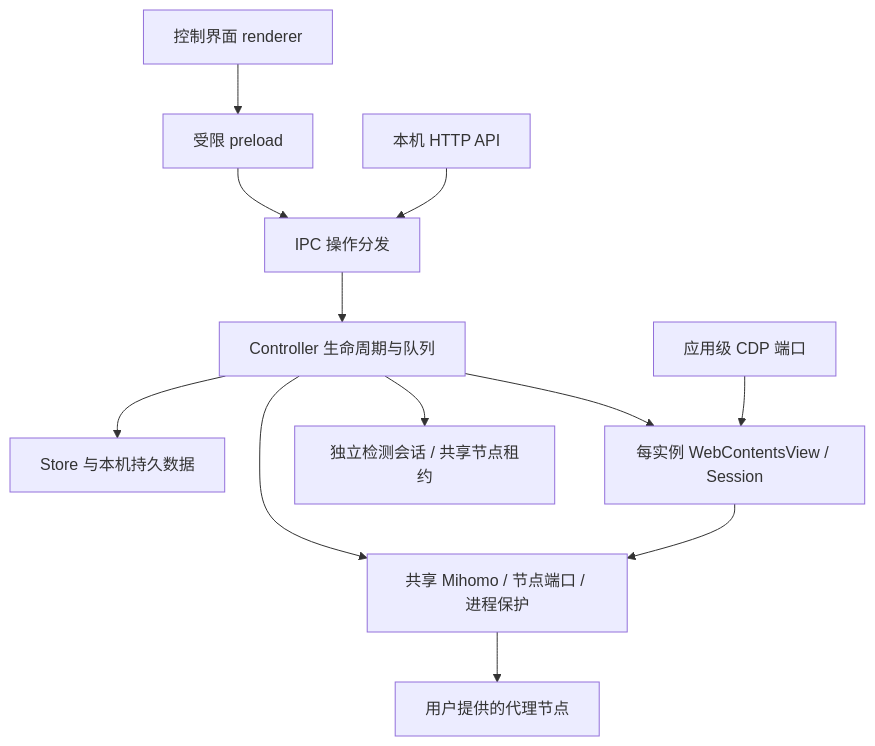
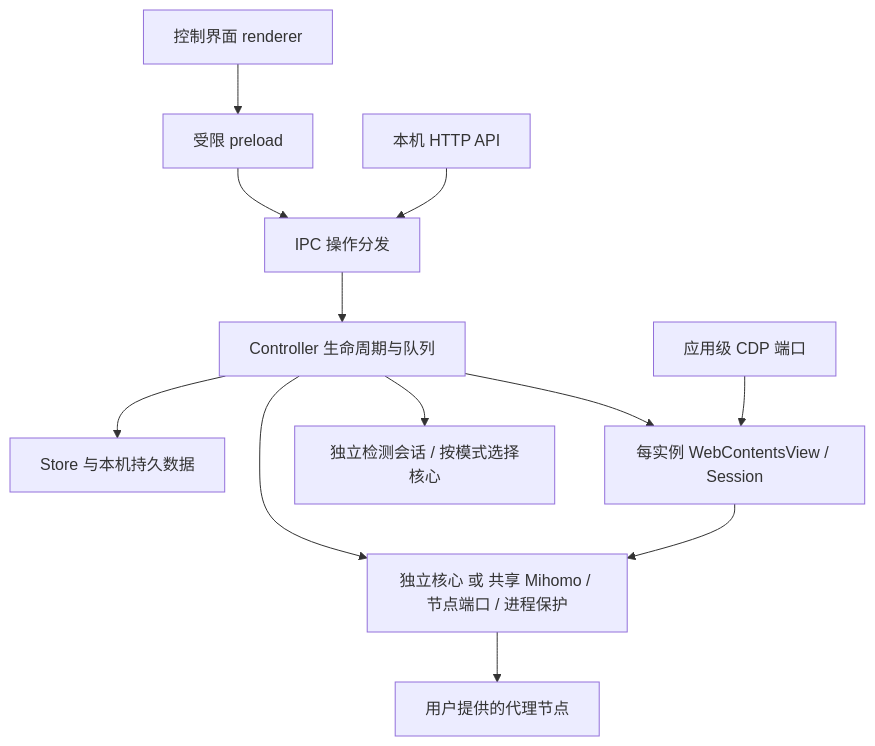
Before and after one commit to HEYD66/facet: the diagram in docs/PROJECT.md, drawn with Mermaid. The commit also changed other lines of this file and 13 other files, not shown here.

````diff
--- a/docs/PROJECT.md
+++ b/docs/PROJECT.md
@@ -40,14 +40,14 @@
 ```mermaid
 flowchart TD
     UI[控制界面 renderer] --> P[受限 preload]
     P --> IPC[IPC 操作分发]
     API[本机 HTTP API] --> IPC
     IPC --> C[Controller 生命周期与队列]
     C --> S[Store 与本机持久数据]
     C --> W[每实例 WebContentsView / Session]
-    C --> M[共享 Mihomo / 节点端口 / 进程保护]
-    C --> D[独立检测会话 / 共享节点租约]
+    C --> M[独立核心 或 共享 Mihomo / 节点端口 / 进程保护]
+    C --> D[独立检测会话 / 按模式选择核心]
     CDP[应用级 CDP 端口] --> W
     W --> M
     M --> N[用户提供的代理节点]
 ```
````
